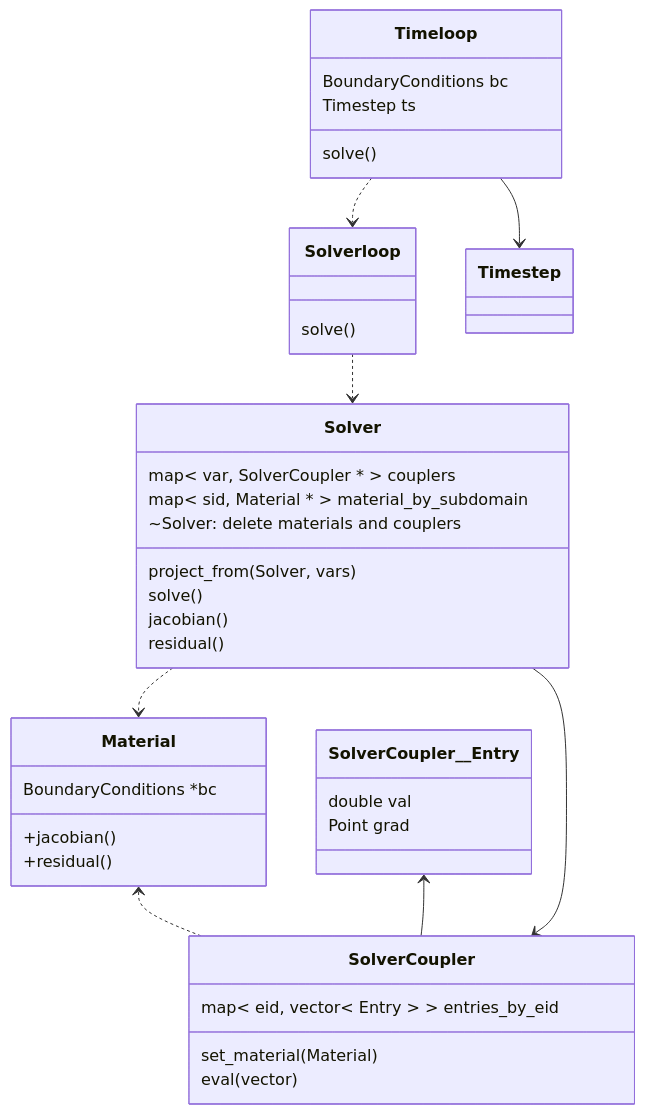
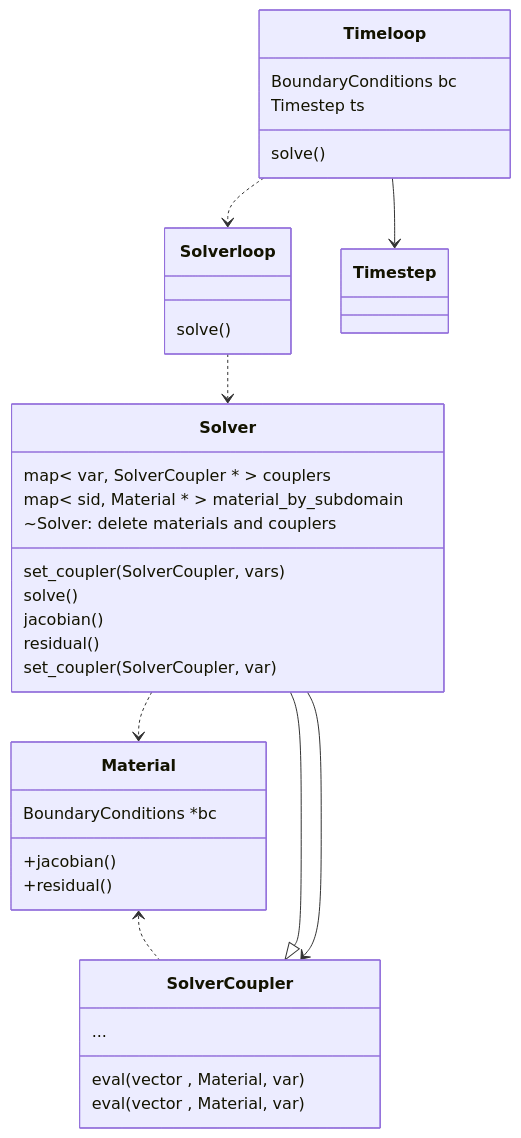
Before and after one commit to rebpoli/harpy: the first of 2 diagrams in doc/Description.md, drawn with Mermaid.

````diff
--- a/doc/Description.md
+++ b/doc/Description.md
@@ -20,49 +20,46 @@
 ```mermaid
 %% Interfaces, abstract classes
 classDiagram
     class Timeloop { 
         BoundaryConditions bc
         Timestep ts
         solve()
     }
 
     class Solverloop {
         solve()
     }
 
+    class SolverCoupler {
+        eval( vector<double> , Material, var )
+        eval( vector<Point>  , Material, var )
+        ...
+    }
+
     class Solver {
         map< var, SolverCoupler * > couplers
         map< sid, Material * > material_by_subdomain
         ~Solver: delete materials and couplers
-        project_from(Solver, vars)
+        set_coupler(SolverCoupler, vars)
         solve()
         jacobian()
         residual()
+        set_coupler( SolverCoupler, var )
     }
 
 
     class Material {
         BoundaryConditions *bc
         +jacobian()
         +residual()
     }
 
-    %% An entry of the coupler - a subclass
-    class SolverCoupler__Entry { 
-        double val
-        Point grad 
-    }
-    class SolverCoupler {
-        map< eid, vector< Entry > > entries_by_eid
-        set_material( Material )
-        eval( vector<Point> )
-    }
+    SolverCoupler <|-- Solver
     Material <.. SolverCoupler
-    SolverCoupler__Entry <-- SolverCoupler
     SolverCoupler <-- Solver
     Timeloop --> Timestep
     Timeloop ..> Solverloop
     Solverloop ..> Solver
     Solver..> Material
 
 ```
````
